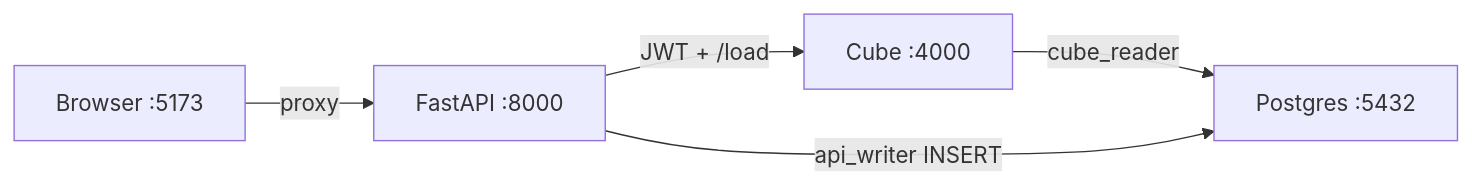
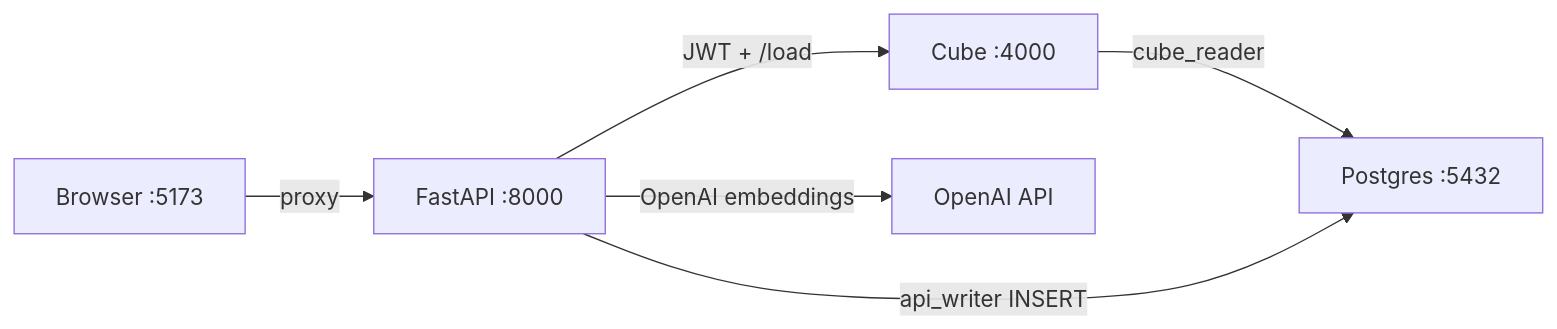
One commit to EmiRoberti77/hr_manager changed the third of 11 diagrams in README.md. Above: the diagram before and after it, drawn with Mermaid. The commit also changed other lines of this file, not shown here.

````diff
--- a/README.md
+++ b/README.md
@@ -88,12 +127,13 @@
 ```mermaid
 flowchart LR
     Browser["Browser :5173"]
     API["FastAPI :8000"]
     Cube["Cube :4000"]
     PG["Postgres :5432"]
 
     Browser -->|proxy| API
     API -->|JWT + /load| Cube
     Cube -->|cube_reader| PG
     API -->|api_writer INSERT| PG
+    API -->|OpenAI embeddings| OpenAI["OpenAI API"]
 ```
````
